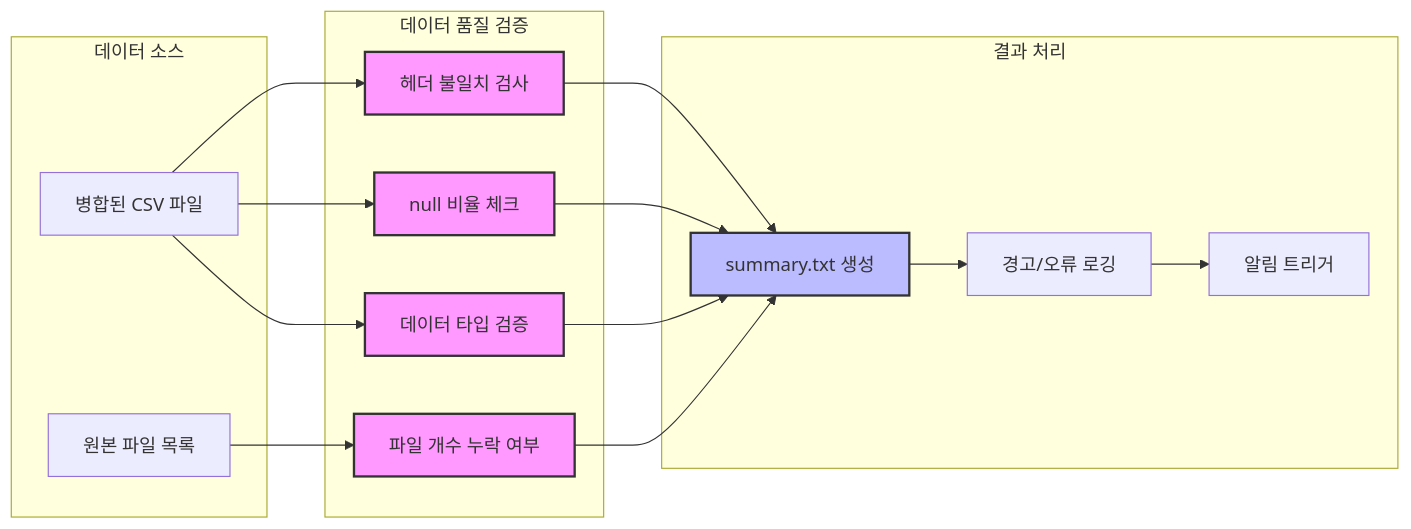
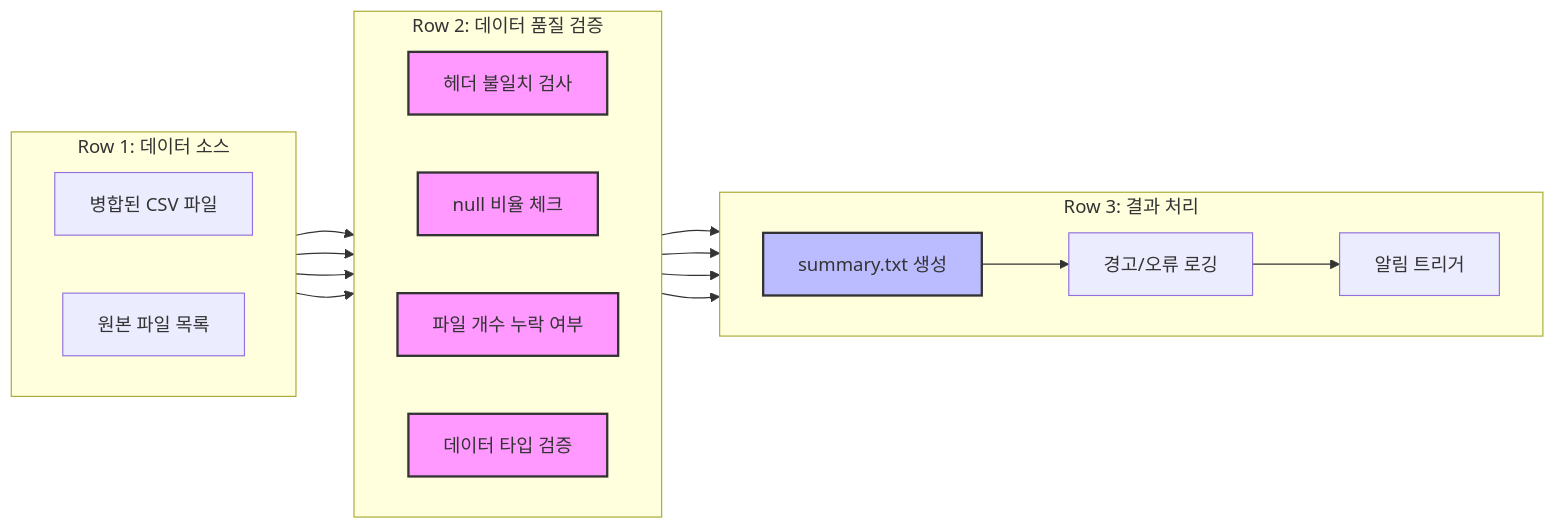
One commit to yeokyeong-yoon/yeokyeong-yoon.github.io changed the ninth of 10 diagrams in _posts/2025-03-18-etl-pipeline.md. Above: the diagram before and after it, drawn with Mermaid. The commit also changed other lines of this file, not shown here.

````diff
--- a/_posts/2025-03-18-etl-pipeline.md
+++ b/_posts/2025-03-18-etl-pipeline.md
@@ -451,38 +533,41 @@
 ```mermaid
 graph LR
-    subgraph "데이터 소스"
+    subgraph "Row 1: 데이터 소스"
+        direction LR
         S1[병합된 CSV 파일]
         S2[원본 파일 목록]
     end
     
-    subgraph "데이터 품질 검증"
+    subgraph "Row 2: 데이터 품질 검증"
+        direction LR
         V1[헤더 불일치 검사]
         V2[null 비율 체크]
         V3[파일 개수 누락 여부]
         V4[데이터 타입 검증]
     end
     
-    subgraph "결과 처리"
+    subgraph "Row 3: 결과 처리"
+        direction LR
         R1[summary.txt 생성]
         R2[경고/오류 로깅]
         R3[알림 트리거]
     end
     
     S1 --> V1
     S1 --> V2
     S1 --> V4
     S2 --> V3
     
     V1 --> R1
     V2 --> R1
     V3 --> R1
     V4 --> R1
     
     R1 --> R2 --> R3
     
     style V1 fill:#f9f,stroke:#333,stroke-width:2px
     style V2 fill:#f9f,stroke:#333,stroke-width:2px
     style V3 fill:#f9f,stroke:#333,stroke-width:2px
     style V4 fill:#f9f,stroke:#333,stroke-width:2px
     style R1 fill:#bbf,stroke:#333,stroke-width:2px
 ```
````
